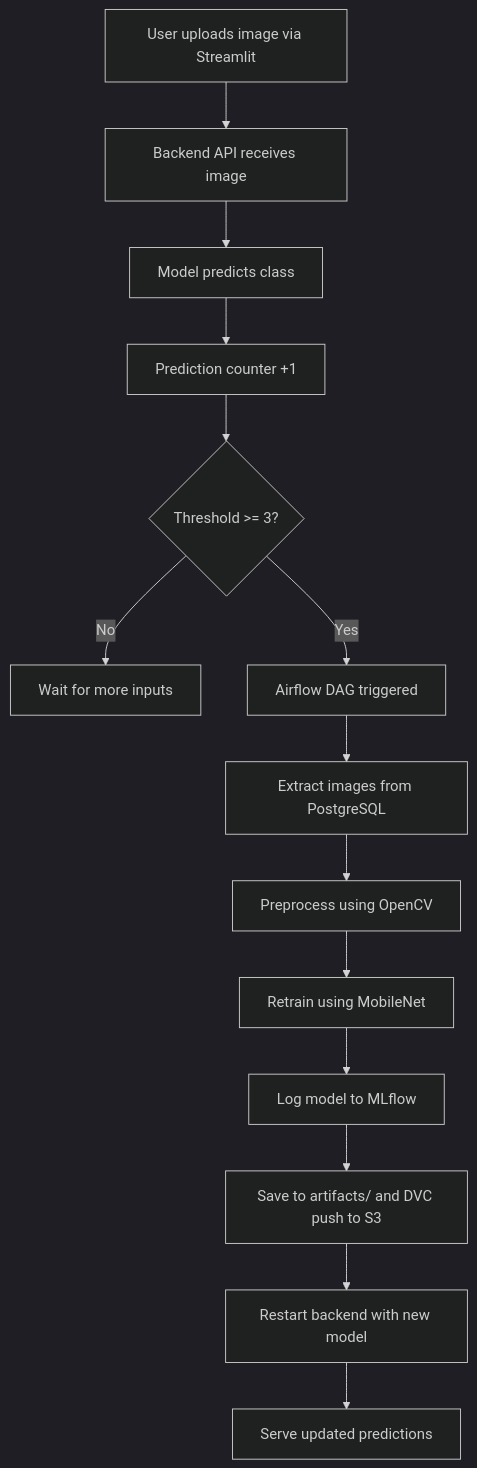
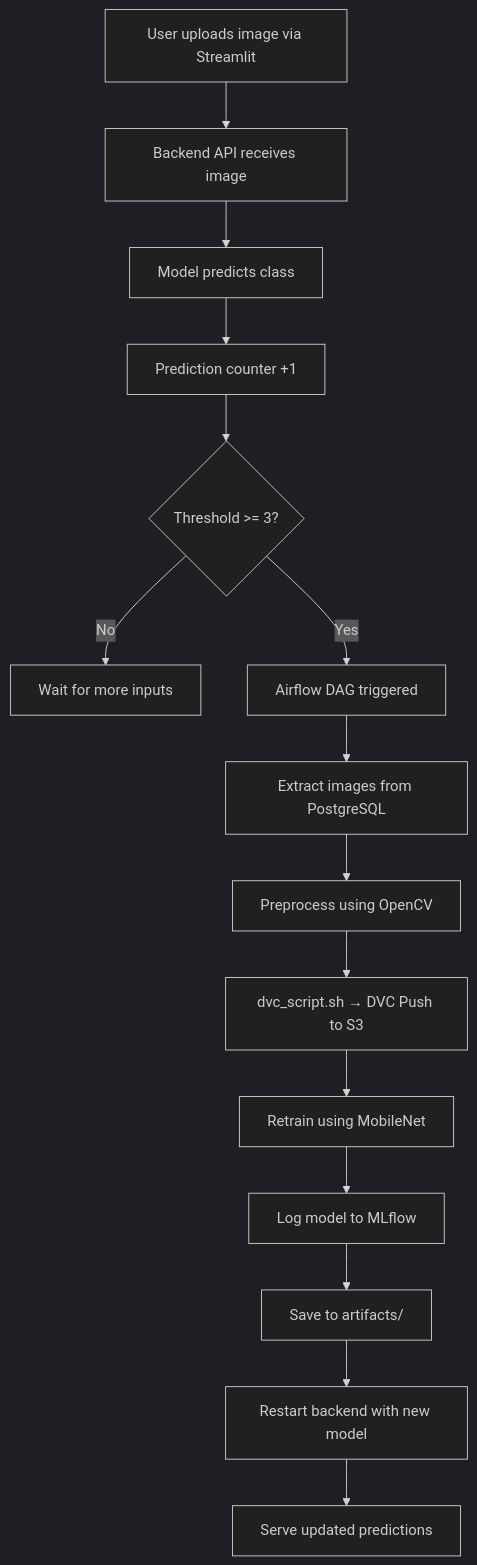
One commit to Anurag-raj03/CV_assign_MLOPS changed the diagram in README.md. Above: the diagram before and after it, drawn with Mermaid (dark theme). The commit also changed other lines of this file, not shown here.

````diff
--- a/README.md
+++ b/README.md
@@ -51,16 +55,17 @@
 ```mermaid
 flowchart TD
     A[User uploads image via Streamlit] --> B[Backend API receives image]
     B --> C[Model predicts class]
     C --> D[Prediction counter +1]
     D --> E{Threshold >= 3?}
     E -- No --> F[Wait for more inputs]
     E -- Yes --> G[Airflow DAG triggered]
     G --> H[Extract images from PostgreSQL]
     H --> I[Preprocess using OpenCV]
-    I --> J[Retrain using MobileNet]
-    J --> K[Log model to MLflow]
-    K --> L[Save to artifacts/ and DVC push to S3]
-    L --> M[Restart backend with new model]
-    M --> N[Serve updated predictions]
+    I --> J[dvc_script.sh → DVC Push to S3]
+    J --> K[Retrain using MobileNet]
+    K --> L[Log model to MLflow]
+    L --> M[Save to artifacts/]
+    M --> N[Restart backend with new model]
+    N --> O[Serve updated predictions]
 ```
````
